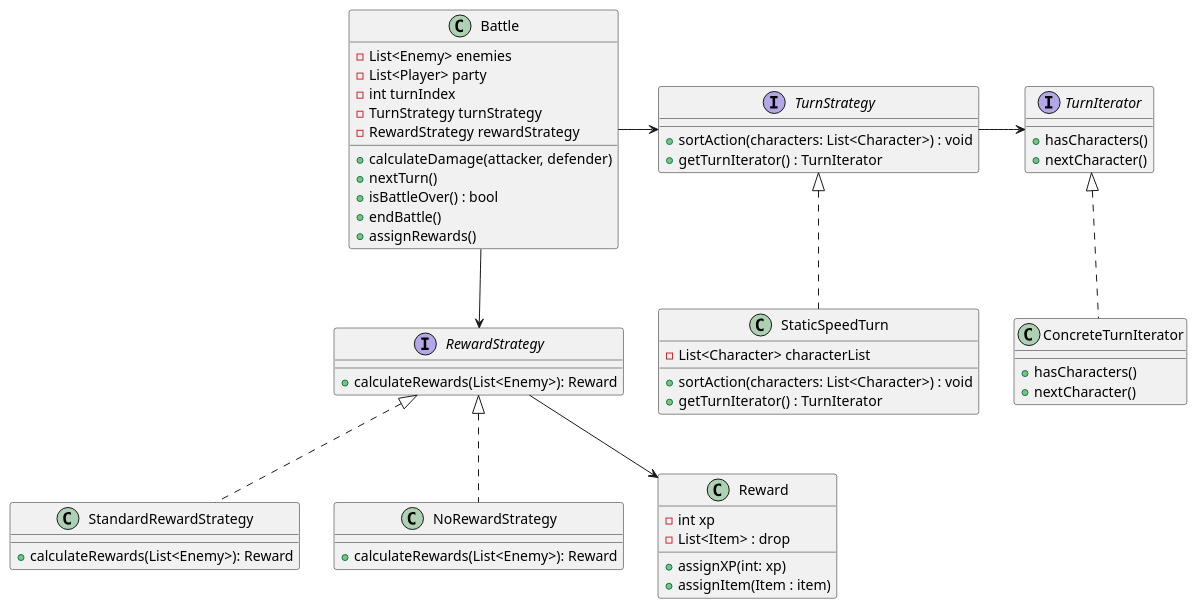
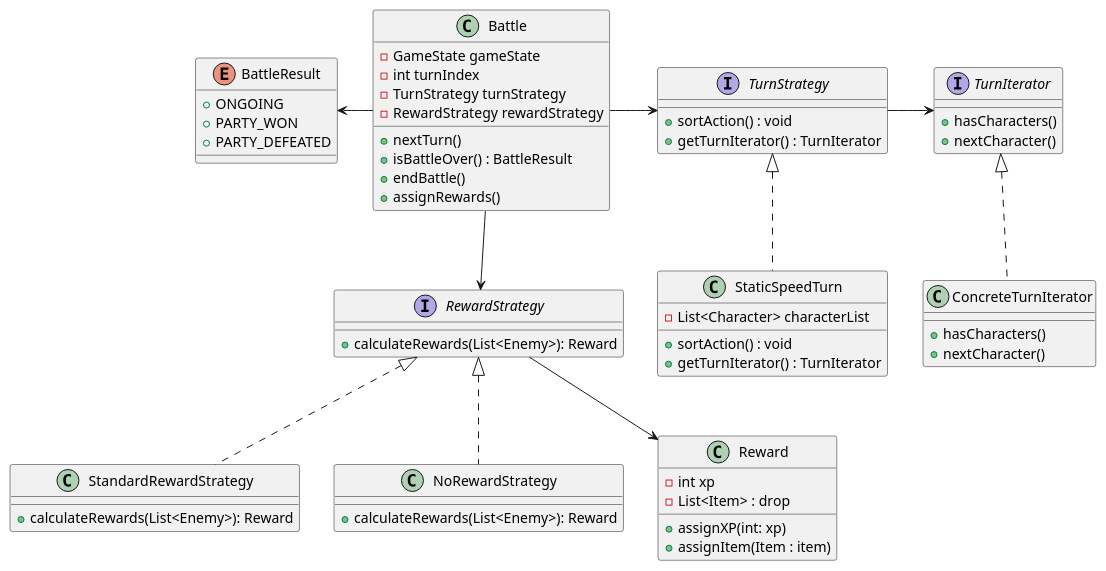
One commit to samMM-cs/iss-team2 changed the diagram in user_stories_pml/Turn-based_battles.puml. Above: the diagram before and after it, drawn with PlantUML. The commit also changed 9 other files, not shown here.

Commit message:
- Battle Logic - Uptaded fightning_enemies puml

```diff
--- a/user_stories_pml/Turn-based_battles.puml
+++ b/user_stories_pml/Turn-based_battles.puml
@@ -6,71 +6,76 @@
 @startuml Turn-based battles
 
 class Battle {
-    - List<Enemy> enemies
-    - List<Player> party
+    - GameState gameState
     - int turnIndex
     - TurnStrategy turnStrategy
     - RewardStrategy rewardStrategy
-    + calculateDamage(attacker, defender)
     + nextTurn()
-    + isBattleOver() : bool
+    + isBattleOver() : BattleResult
     + endBattle()
     + assignRewards()
 }
 
 'Both Turn and Reward implementation use Strategy as design pattern'
 
 interface TurnStrategy {
     /'
         method that sort a List of Character ConcreteTurnStrategy-wise
         BattleController is meant to ask all players which action take,
         then all players will jump at enemies in a proper order
         calculated by a ConcredTurnStrategy
     '/
-    + sortAction(characters: List<Character>) : void
+    + sortAction() : void
     + getTurnIterator() : TurnIterator
 }
 
 class StaticSpeedTurn implements TurnStrategy {
     - List<Character> characterList
-    + sortAction(characters: List<Character>) : void
+    + sortAction() : void
     + getTurnIterator() : TurnIterator
 }
 
 interface TurnIterator {
     + hasCharacters()
     + nextCharacter()
 }
 
 class ConcreteTurnIterator implements TurnIterator {
     + hasCharacters()
     + nextCharacter()
 }
 
 interface RewardStrategy {
     ' Reward class will get a List<Item> from db through calculateRewards method '
     + calculateRewards(List<Enemy>): Reward 
 }
 
 class StandardRewardStrategy implements RewardStrategy{
     + calculateRewards(List<Enemy>): Reward 
 }
 
 class NoRewardStrategy implements RewardStrategy {
     + calculateRewards(List<Enemy>): Reward 
 }
 
 class Reward {
     - int xp
     - List<Item> : drop
     + assignXP(int: xp)
     + assignItem(Item : item)
 }
 
+enum BattleResult {
+    + ONGOING
+    + PARTY_WON
+    + PARTY_DEFEATED
+}
+
 Battle-down-> RewardStrategy
 Battle->TurnStrategy
+Battle -left->BattleResult
 
 TurnStrategy->TurnIterator
 
 RewardStrategy-down-> Reward
 @enduml
```
